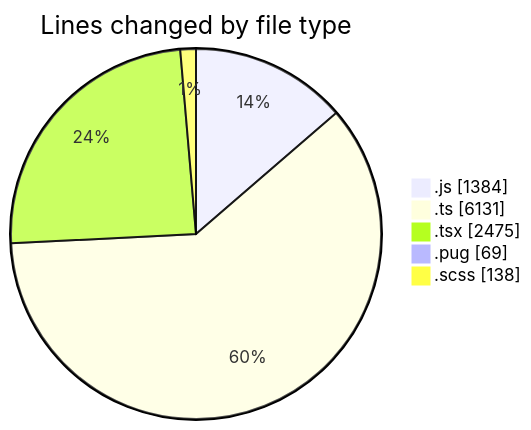
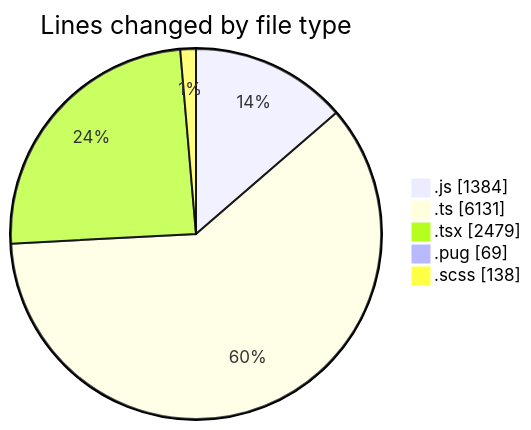
One commit to momahboobian/code-tracking changed the first of 2 diagrams in 2025-03-25/cda/README.md. Above: the diagram before and after it, drawn with Mermaid. The commit also changed other lines of this file and 1 other file, not shown here.

````diff
--- a/2025-03-25/cda/README.md
+++ b/2025-03-25/cda/README.md
@@ -39,9 +39,9 @@
 ```mermaid
 pie showData
 title Lines changed by file type
 ".js" : 1384
 ".ts" : 6131
-".tsx" : 2475
+".tsx" : 2479
 ".pug" : 69
 ".scss" : 138
 ```
````
